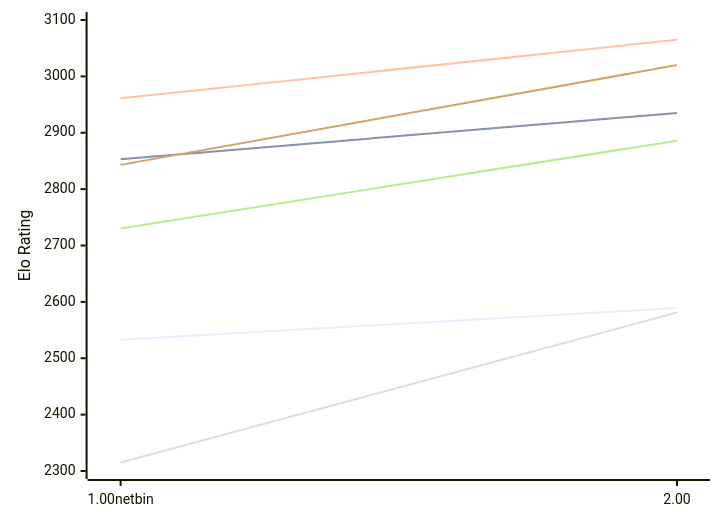
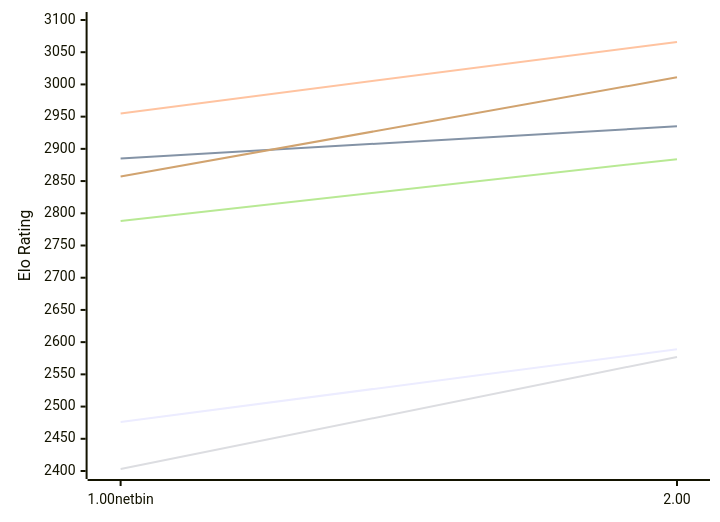
One commit to computer-chess-index/cci changed the first of 2 diagrams in engines/Gilipol.md. Above: the diagram before and after it, drawn with Mermaid. The commit also changed other lines of this file, not shown here.

Commit message:
Update CCI Ratings (ELO VLTC) - 2026-11-15

````diff
--- a/engines/Gilipol.md
+++ b/engines/Gilipol.md
@@ -51,12 +51,12 @@
 ```mermaid
 %%{init: {"theme":"base","themeVariables":{"seriesColors:['#a3a3a3','#222221','#faa371']}}}%%
 xychart-beta
   x-axis ["1.00netbin", "2.00"]
-  y-axis "Elo Rating" 2300 --> 3100
-  line "E1: STC (8.0+0.08s)" [2533, 2589]
-  line "E1: LTC (60.0+0.60s)" [2853, 2935]
-  line "E1: VLTC (2m24s+1.12s)" [2961, 3065]
-  line "P1: STC (8.0+0.08s)" [2315, 2581]
-  line "P1: LTC (60.0+0.60s)" [2730, 2886]
-  line "P1: VLTC (2m24s+1.12s)" [2843, 3020]
+  y-axis "Elo Rating" 2400 --> 3100
+  line "E1: STC (8.0+0.08s)" [2476, 2589]
+  line "E1: LTC (60.0+0.60s)" [2885, 2935]
+  line "E1: VLTC (2m24s+1.12s)" [2955, 3066]
+  line "P1: STC (8.0+0.08s)" [2403, 2577]
+  line "P1: LTC (60.0+0.60s)" [2788, 2884]
+  line "P1: VLTC (2m24s+1.12s)" [2857, 3011]
 ```
````
